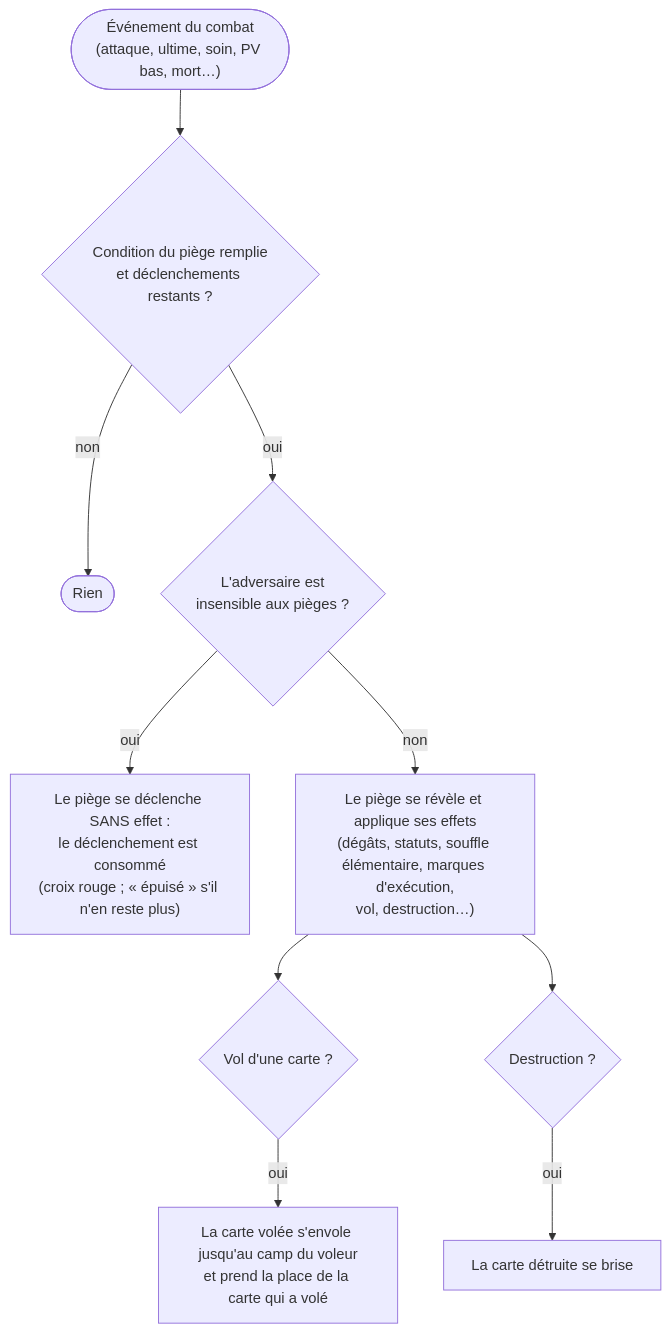
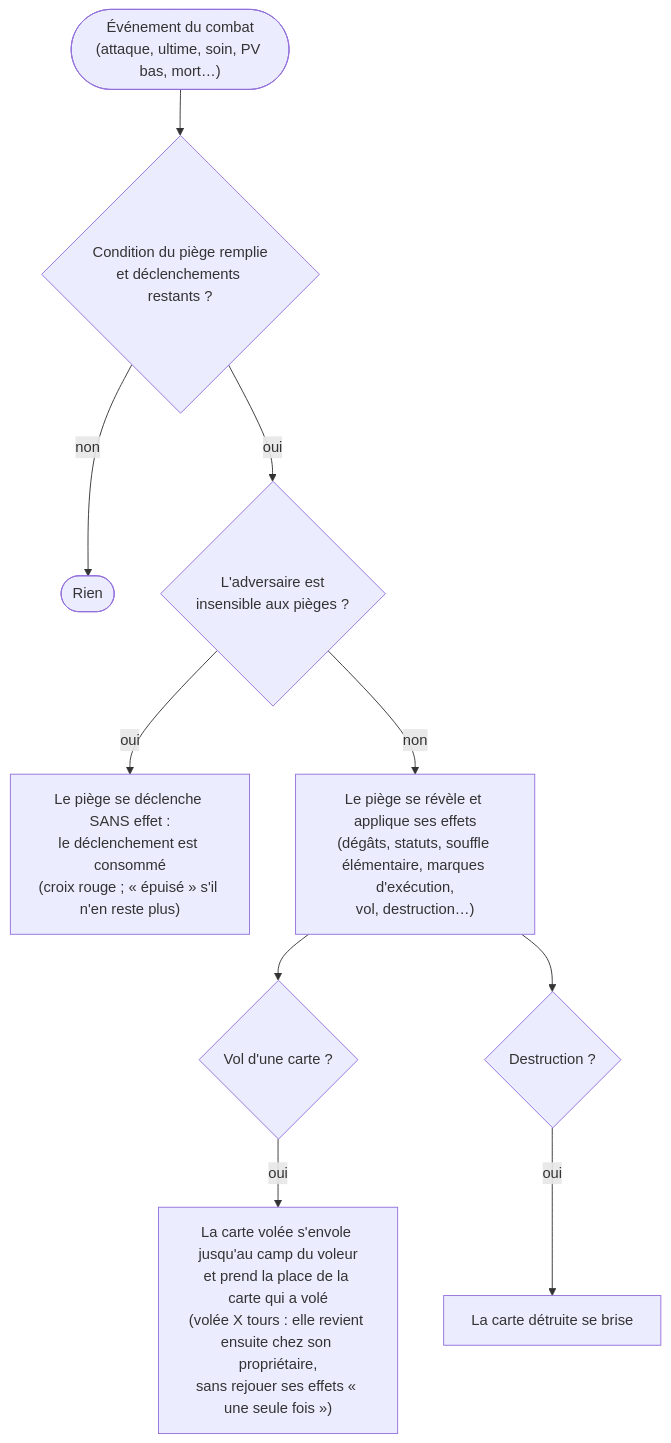
Before and after one commit to mowglitchblaat/forestcard: the fifth of 5 diagrams in docs/workflow-combat.md, drawn with Mermaid. The commit also changed other lines of this file and 6 other files, not shown here.

````diff
--- a/docs/workflow-combat.md
+++ b/docs/workflow-combat.md
@@ -82,12 +82,12 @@
 ```mermaid
 flowchart TD
   P0(["Événement du combat<br/>(attaque, ultime, soin, PV bas, mort…)"]) --> P1{"Condition du piège remplie<br/>et déclenchements restants ?"}
   P1 -- non --> PX([Rien])
   P1 -- oui --> P2{"L'adversaire est<br/>insensible aux pièges ?"}
   P2 -- oui --> P3["Le piège se déclenche SANS effet :<br/>le déclenchement est consommé<br/>(croix rouge ; « épuisé » s'il n'en reste plus)"]
   P2 -- non --> P4["Le piège se révèle et applique ses effets<br/>(dégâts, statuts, souffle élémentaire, marques d'exécution,<br/>vol, destruction…)"]
   P4 --> P5{"Vol d'une carte ?"}
-  P5 -- oui --> P6["La carte volée s'envole jusqu'au camp du voleur<br/>et prend la place de la carte qui a volé"]
+  P5 -- oui --> P6["La carte volée s'envole jusqu'au camp du voleur<br/>et prend la place de la carte qui a volé<br/>(volée X tours : elle revient ensuite chez son propriétaire,<br/>sans rejouer ses effets « une seule fois »)"]
   P4 --> P7{"Destruction ?"}
   P7 -- oui --> P8[La carte détruite se brise]
 ```
````
